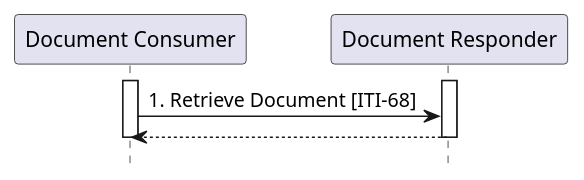
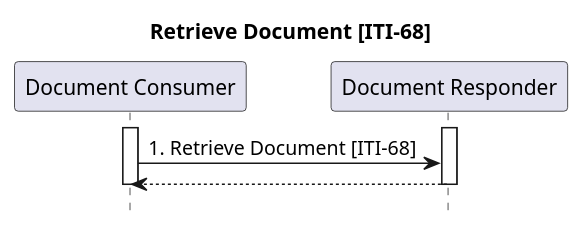
One commit to IHE/ITI.MHD changed the diagram in input/images-source/ITI-68-seq.plantuml. Above: the diagram before and after it, drawn with PlantUML. The commit also changed 22 other files, not shown here.

```diff
--- a/input/images-source/ITI-68-seq.plantuml
+++ b/input/images-source/ITI-68-seq.plantuml
@@ -1,11 +1,12 @@
 @startuml
+title Retrieve Document [ITI-68]
 hide footbox
 participant "Document Consumer" as DocumentConsumer
 participant "Document Responder" as DocumentResponder
 activate "DocumentConsumer"
 activate "DocumentResponder"
 "DocumentConsumer" -> "DocumentResponder" : 1. Retrieve Document [ITI-68]
 return
 deactivate "DocumentConsumer"
 deactivate "DocumentResponder"
 @enduml
```
